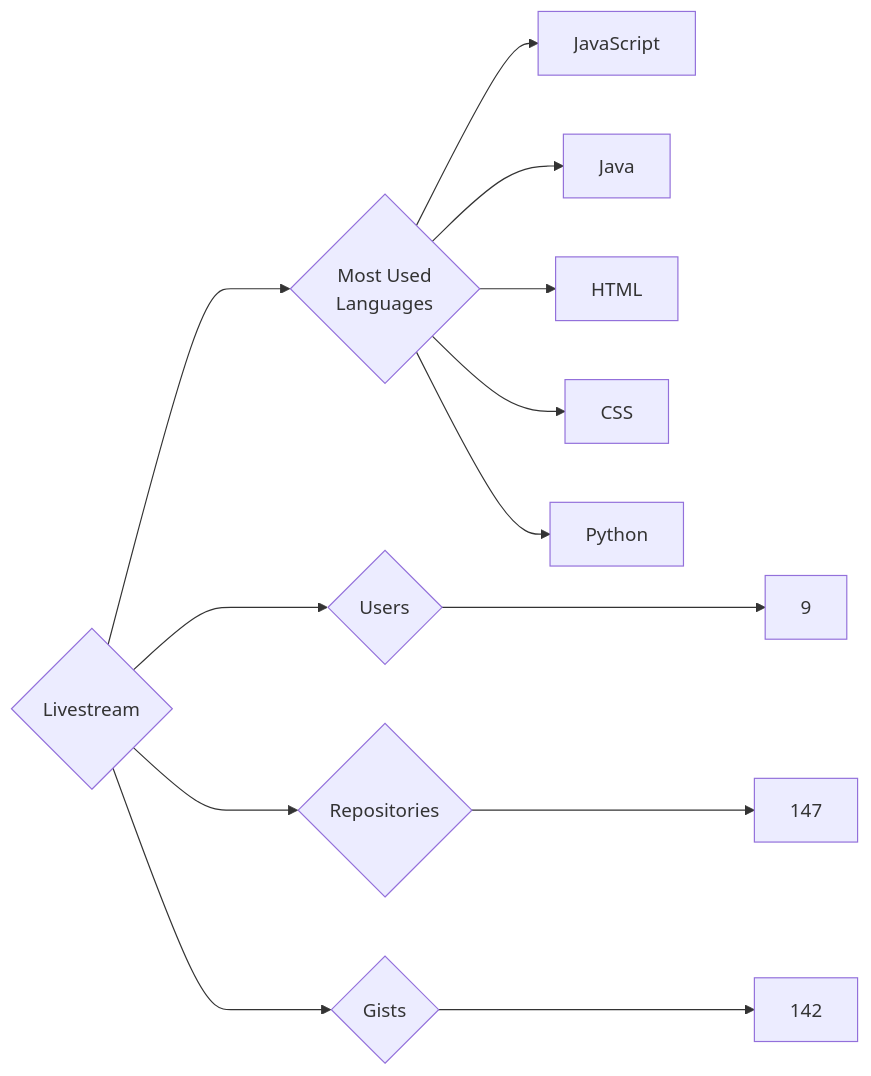
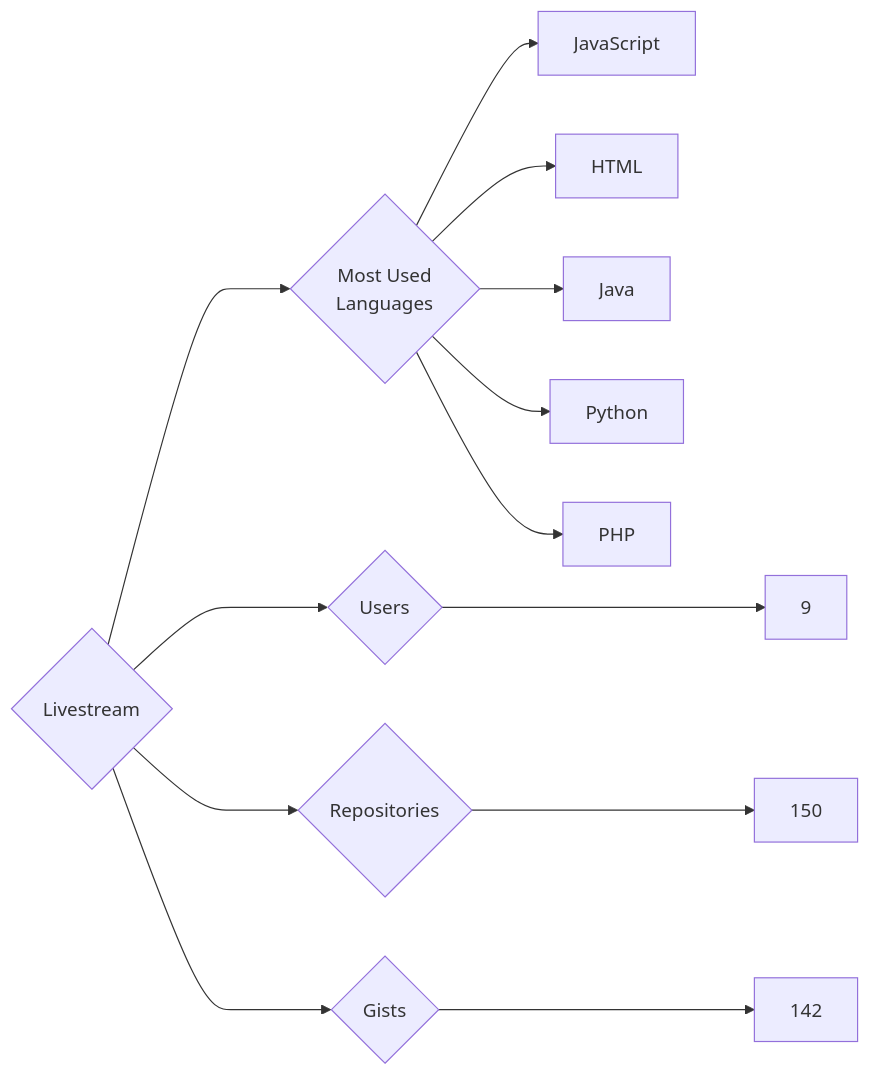
One commit to trickest/insiders changed the diagram in targets/Livestream/README.md. Above: the diagram before and after it, drawn with Mermaid. The commit also changed 837 other files, not shown here.

````diff
--- a/targets/Livestream/README.md
+++ b/targets/Livestream/README.md
@@ -3,13 +3,13 @@
 ```mermaid
 graph LR
 COMPANY_NAME{Livestream}
 COMPANY_NAME ---> U{Users} ---> UN[9]
-COMPANY_NAME ---> R{Repositories} ---> RN[147]
+COMPANY_NAME ---> R{Repositories} ---> RN[150]
 COMPANY_NAME ---> G{Gists} ---> GN[142]
 COMPANY_NAME ---> ML{Most Used<br>Languages}
 ML --> JavaScript[JavaScript]
+ML --> HTML[HTML]
 ML --> Java[Java]
-ML --> HTML[HTML]
-ML --> CSS[CSS]
 ML --> Python[Python]
+ML --> PHP[PHP]
 ```
````
